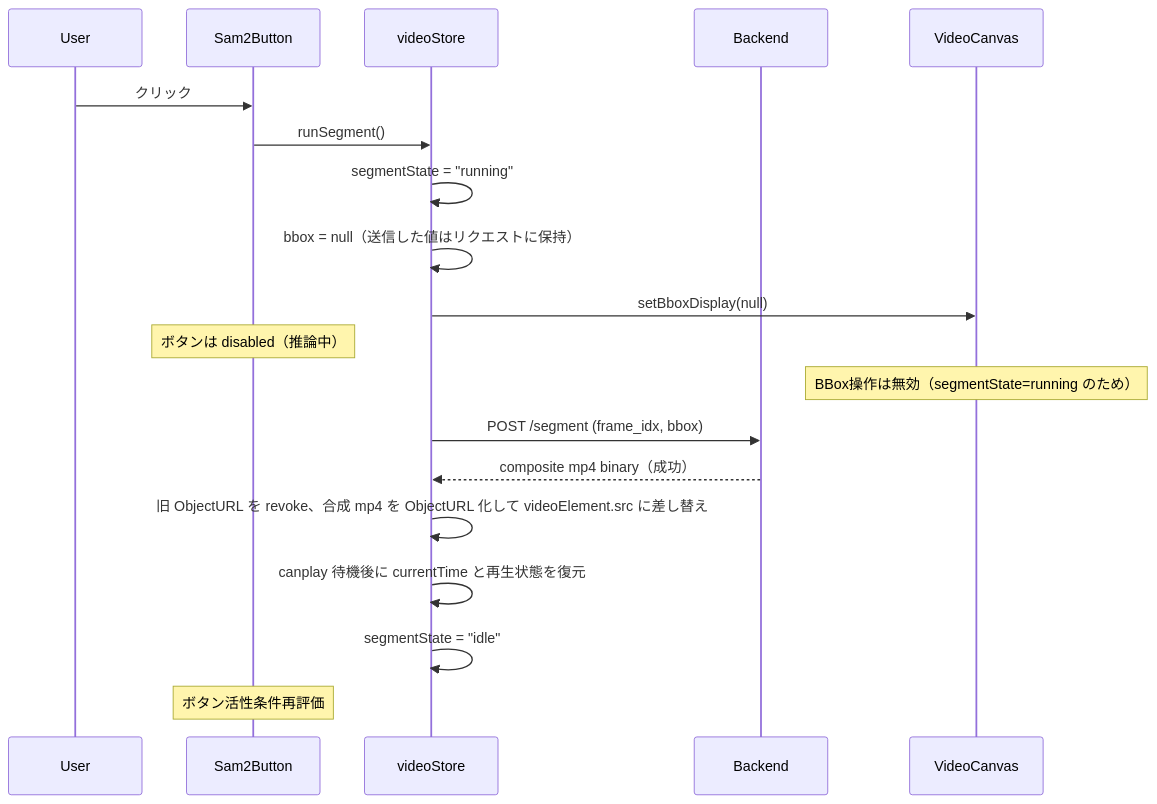
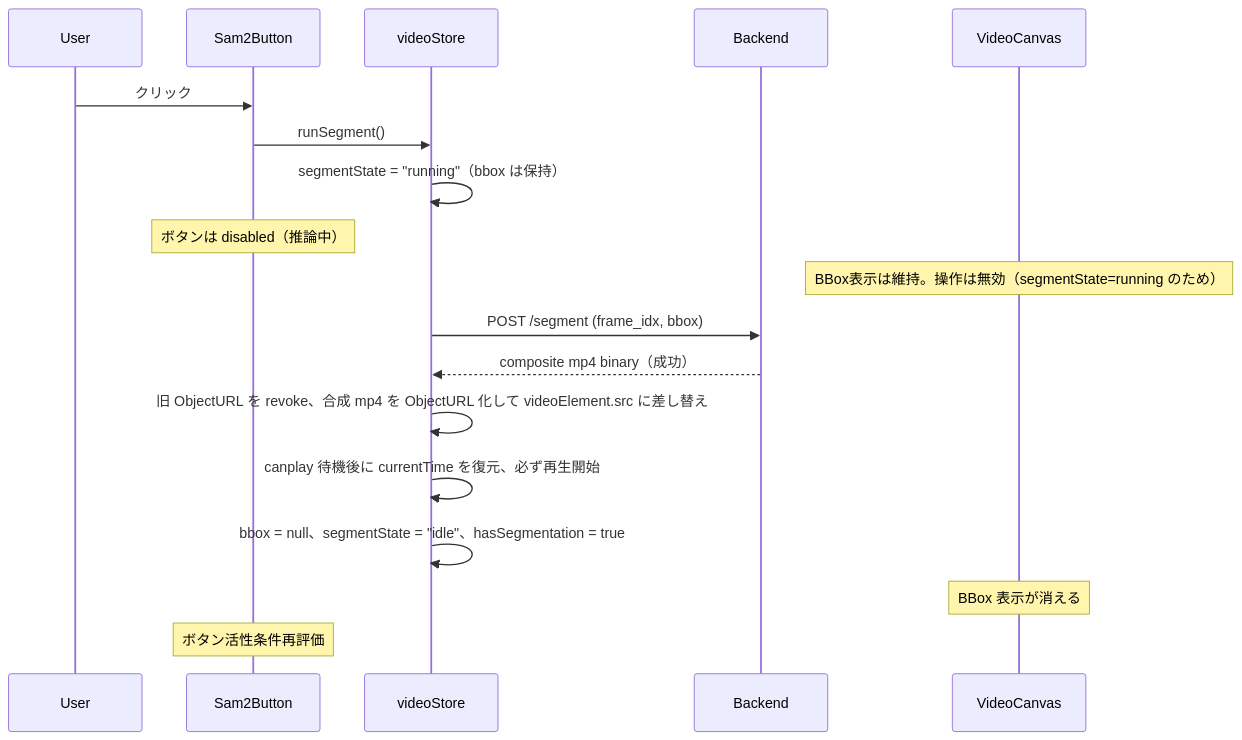
One commit to kanosawa/omnimatte-editor changed the third of 5 diagrams in docs/spec/09-state-transitions.md. Above: the diagram before and after it, drawn with Mermaid. The commit also changed other lines of this file and 9 other files, not shown here.

````diff
--- a/docs/spec/09-state-transitions.md
+++ b/docs/spec/09-state-transitions.md
@@ -161,22 +163,21 @@
 ```mermaid
 sequenceDiagram
     participant U as User
     participant Btn as Sam2Button
     participant Store as videoStore
     participant API as Backend
     participant Pixi as VideoCanvas
 
     U->>Btn: クリック
     Btn->>Store: runSegment()
-    Store->>Store: segmentState = "running"
-    Store->>Store: bbox = null（送信した値はリクエストに保持）
-    Store->>Pixi: setBboxDisplay(null)
+    Store->>Store: segmentState = "running"（bbox は保持）
     Note over Btn: ボタンは disabled（推論中）
-    Note over Pixi: BBox操作は無効（segmentState=running のため）
+    Note over Pixi: BBox表示は維持。操作は無効（segmentState=running のため）
     Store->>API: POST /segment (frame_idx, bbox)
     API-->>Store: composite mp4 binary（成功）
     Store->>Store: 旧 ObjectURL を revoke、合成 mp4 を ObjectURL 化して videoElement.src に差し替え
-    Store->>Store: canplay 待機後に currentTime と再生状態を復元
-    Store->>Store: segmentState = "idle"
+    Store->>Store: canplay 待機後に currentTime を復元、必ず再生開始
+    Store->>Store: bbox = null、segmentState = "idle"、hasSegmentation = true
+    Note over Pixi: BBox 表示が消える
     Note over Btn: ボタン活性条件再評価
 ```
````
